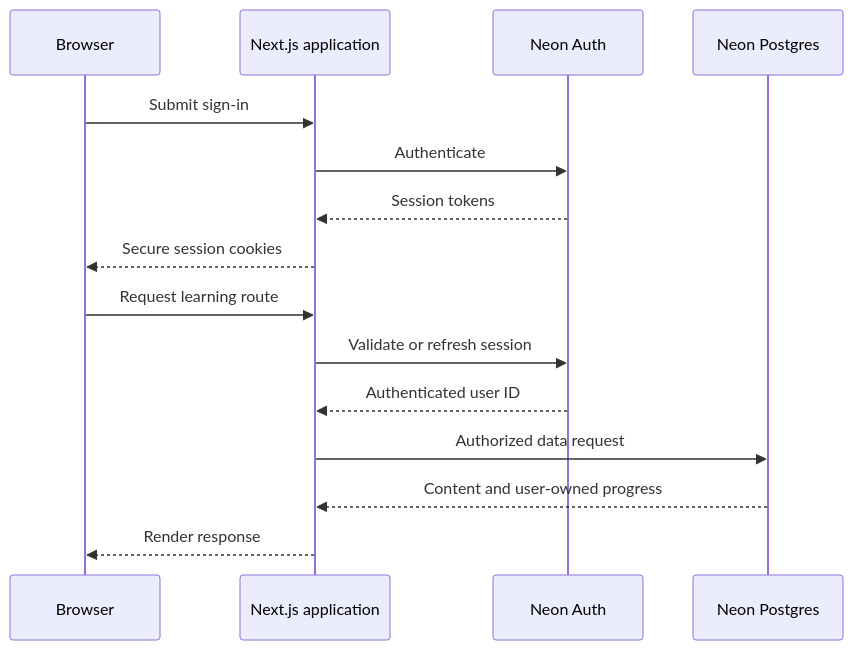
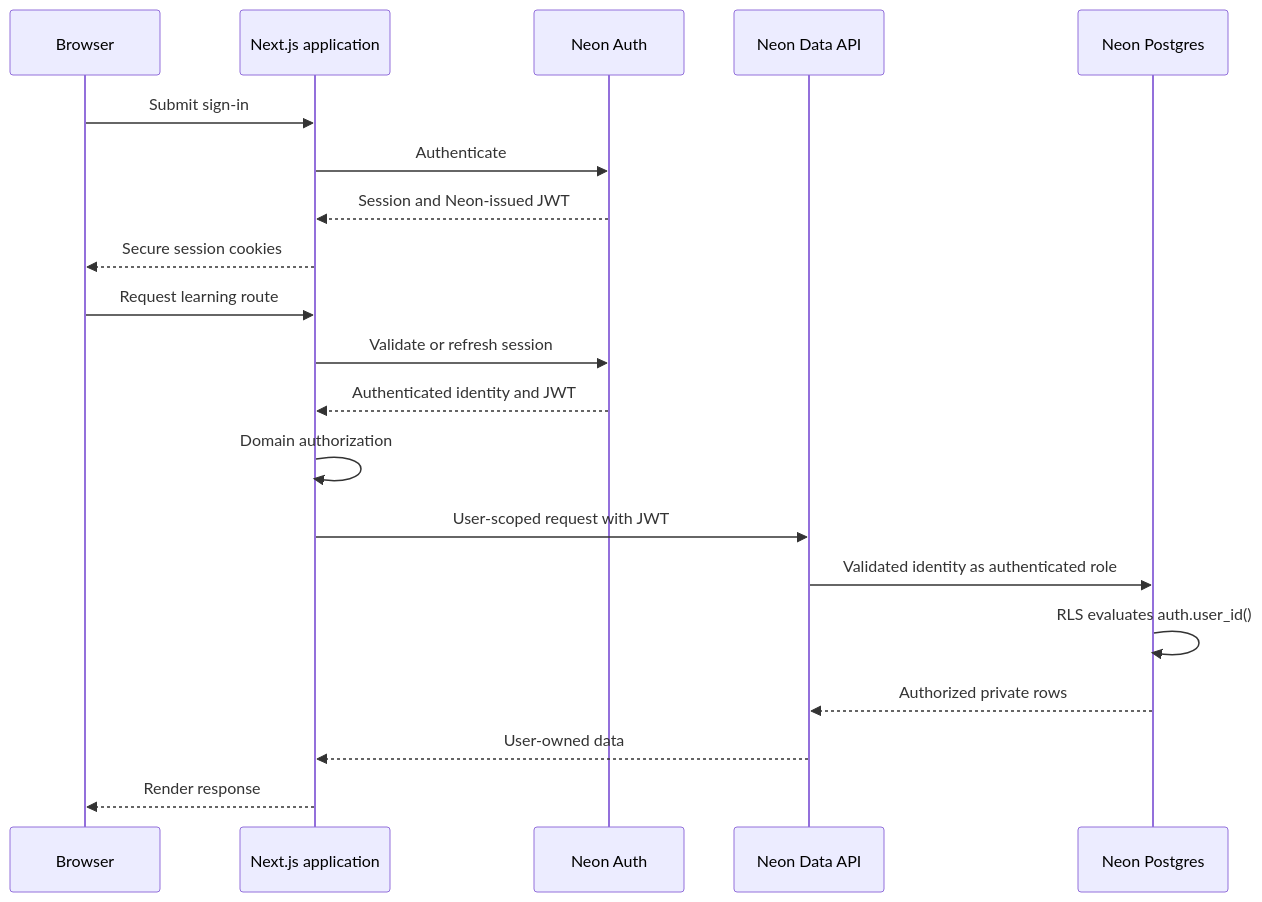
One commit to OzAvrahami/cockpitpath changed the diagram in docs/architecture/authentication.md. Above: the diagram before and after it, drawn with Mermaid. The commit also changed other lines of this file and 7 other files, not shown here.

Commit message:
docs: record Neon Auth RLS access architecture

````diff
--- a/docs/architecture/authentication.md
+++ b/docs/architecture/authentication.md
@@ -22,18 +22,23 @@
 ```mermaid
 sequenceDiagram
     participant B as Browser
     participant N as Next.js application
     participant A as Neon Auth
+    participant API as Neon Data API
     participant D as Neon Postgres
 
     B->>N: Submit sign-in
     N->>A: Authenticate
-    A-->>N: Session tokens
+    A-->>N: Session and Neon-issued JWT
     N-->>B: Secure session cookies
     B->>N: Request learning route
     N->>A: Validate or refresh session
-    A-->>N: Authenticated user ID
-    N->>D: Authorized data request
-    D-->>N: Content and user-owned progress
+    A-->>N: Authenticated identity and JWT
+    N->>N: Domain authorization
+    N->>API: User-scoped request with JWT
+    API->>D: Validated identity as authenticated role
+    D->>D: RLS evaluates auth.user_id()
+    D-->>API: Authorized private rows
+    API-->>N: User-owned data
     N-->>B: Render response
 ```
````
